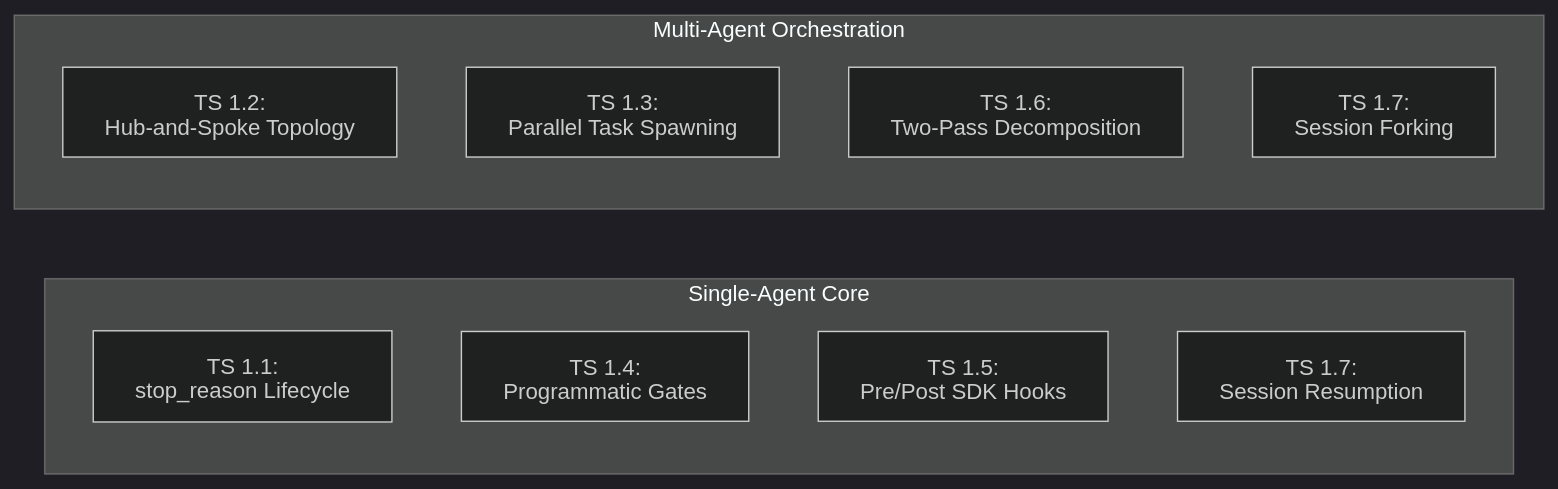
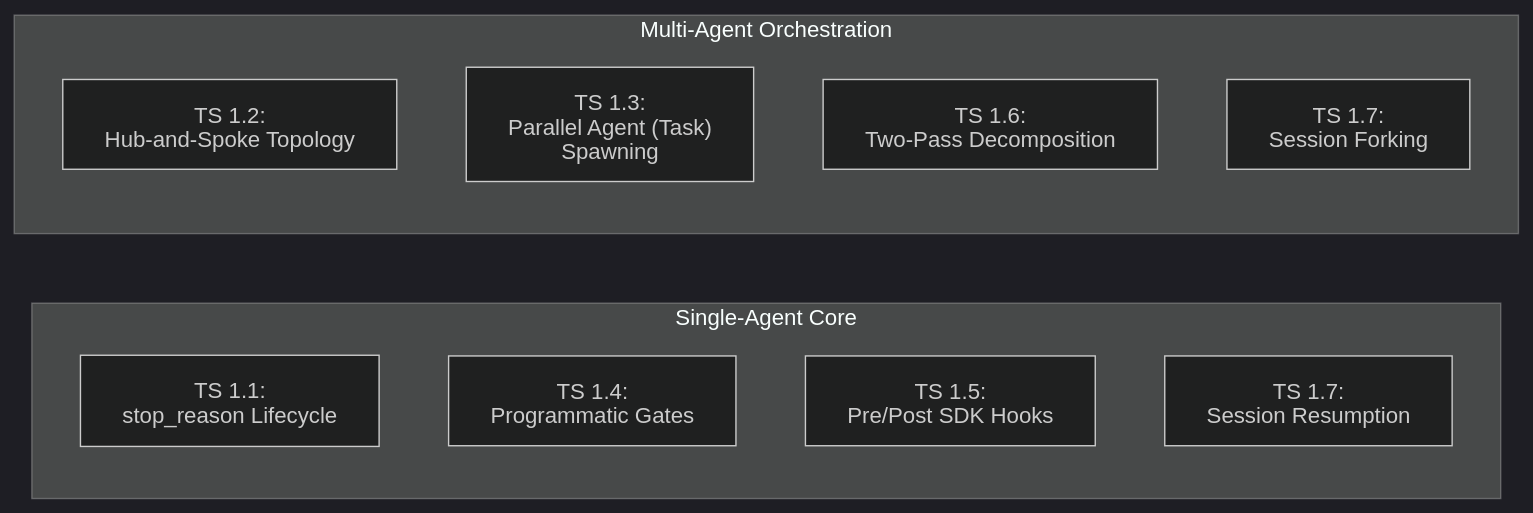
The first of 7 diagrams in domain1/KEY_CONCEPTS.md (dip4k/claude_cert_architect_foundation_prep), drawn with Mermaid (dark theme) before and after one commit. The commit also changed other lines of this file and 56 other files, not shown here.

Commit message:
docs: improve beginner clarity, flow, Mermaid compliance across domains and expand EXAM_REFRESHER to all 30 TS

````diff
--- a/domain1/KEY_CONCEPTS.md
+++ b/domain1/KEY_CONCEPTS.md
@@ -26,22 +26,22 @@
 ```mermaid
 ---
 config:
   htmlLabels: false
 ---
 flowchart LR
     subgraph Single ["Single-Agent Core"]
         direction TB
         S1["TS 1.1:<br>stop_reason Lifecycle"]
         S2["TS 1.4:<br>Programmatic Gates"]
         S3["TS 1.5:<br>Pre/Post SDK Hooks"]
         S4["TS 1.7:<br>Session Resumption"]
     end
 
     subgraph Multi ["Multi-Agent Orchestration"]
         direction TB
         M1["TS 1.2:<br>Hub-and-Spoke Topology"]
-        M2["TS 1.3:<br>Parallel Task Spawning"]
+        M2["TS 1.3:<br>Parallel Agent (Task) Spawning"]
         M3["TS 1.6:<br>Two-Pass Decomposition"]
         M4["TS 1.7:<br>Session Forking"]
     end
 ```
````
